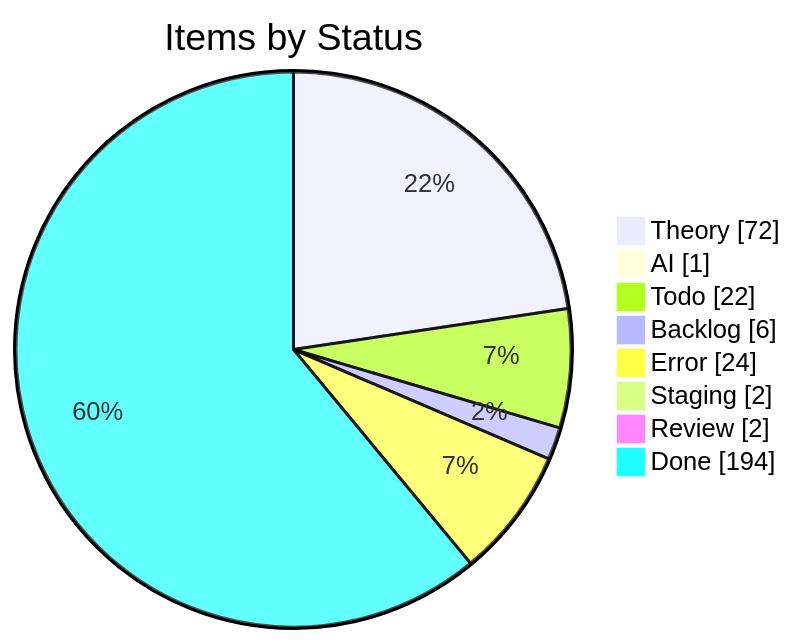
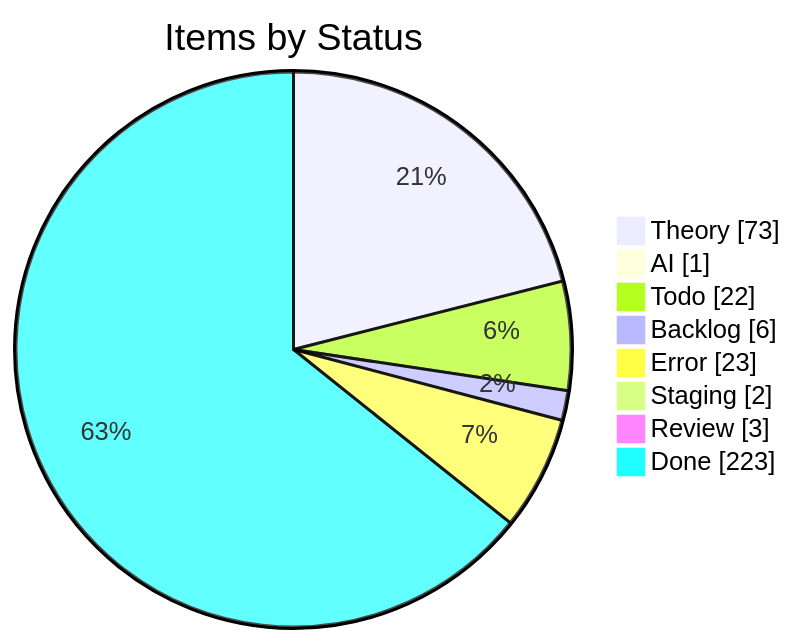
One commit to KBVE/kbve changed the first of 4 diagrams in apps/kbve/astro-kbve/src/content/docs/dashboard/kanban-data.mdx. Above: the diagram before and after it, drawn with Mermaid. The commit also changed other lines of this file and 4 other files, not shown here.

````diff
--- a/apps/kbve/astro-kbve/src/content/docs/dashboard/kanban-data.mdx
+++ b/apps/kbve/astro-kbve/src/content/docs/dashboard/kanban-data.mdx
@@ -55,12 +55,12 @@
 ```mermaid
 pie showData
     title Items by Status
-    "Theory" : 72
+    "Theory" : 73
     "AI" : 1
     "Todo" : 22
     "Backlog" : 6
-    "Error" : 24
+    "Error" : 23
     "Staging" : 2
-    "Review" : 2
-    "Done" : 194
+    "Review" : 3
+    "Done" : 223
 ```
````
